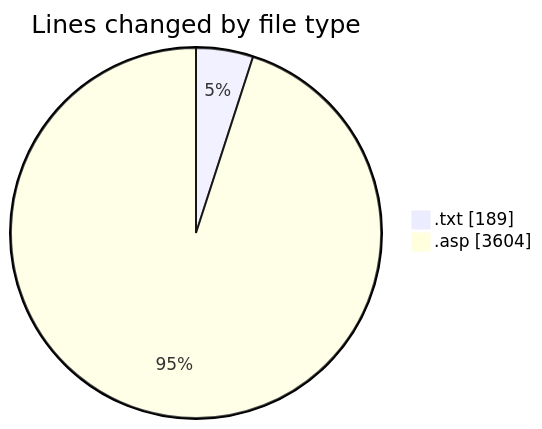
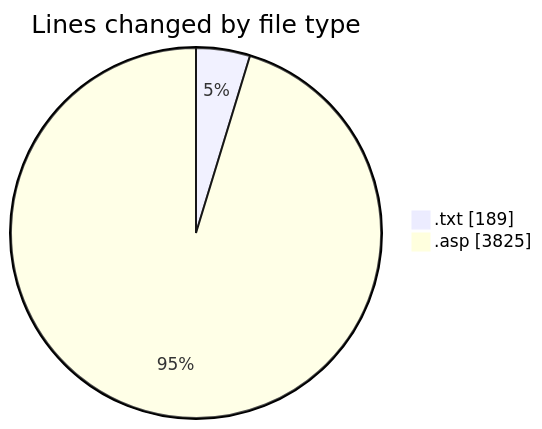
The first of 2 diagrams in 2025-11-07/cdp_aleoudev_fr__workspace_/README.md (julien-gomy/code-tracking), drawn with Mermaid before and after one commit. The commit also changed other lines of this file and 1 other file, not shown here.

````diff
--- a/2025-11-07/cdp_aleoudev_fr__workspace_/README.md
+++ b/2025-11-07/cdp_aleoudev_fr__workspace_/README.md
@@ -24,6 +25,6 @@
 ```mermaid
 pie showData
 title Lines changed by file type
 ".txt" : 189
-".asp" : 3604
+".asp" : 3825
 ```
````
